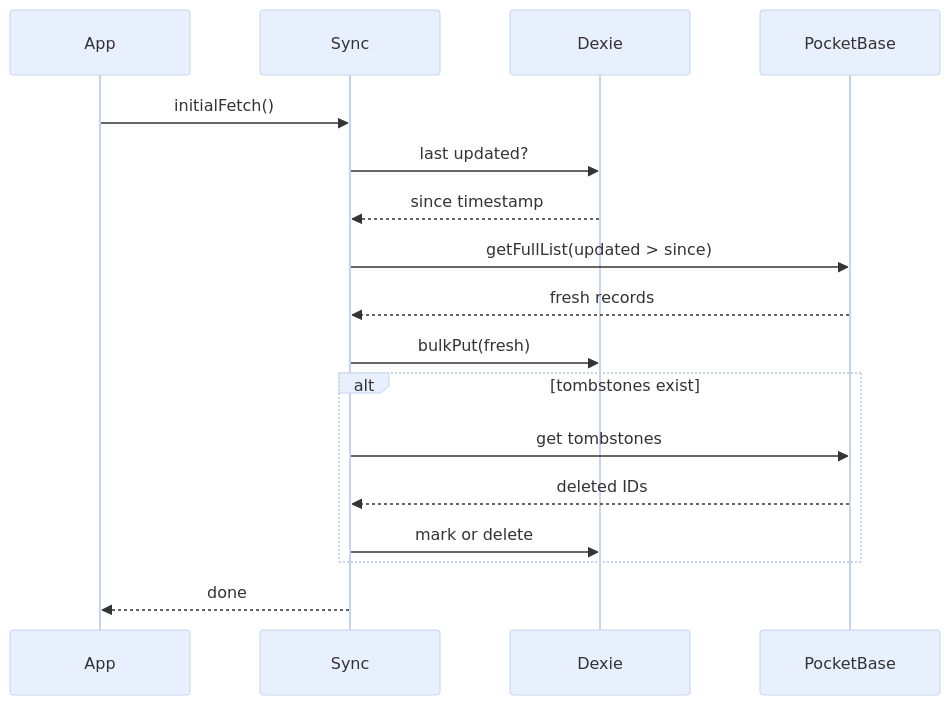
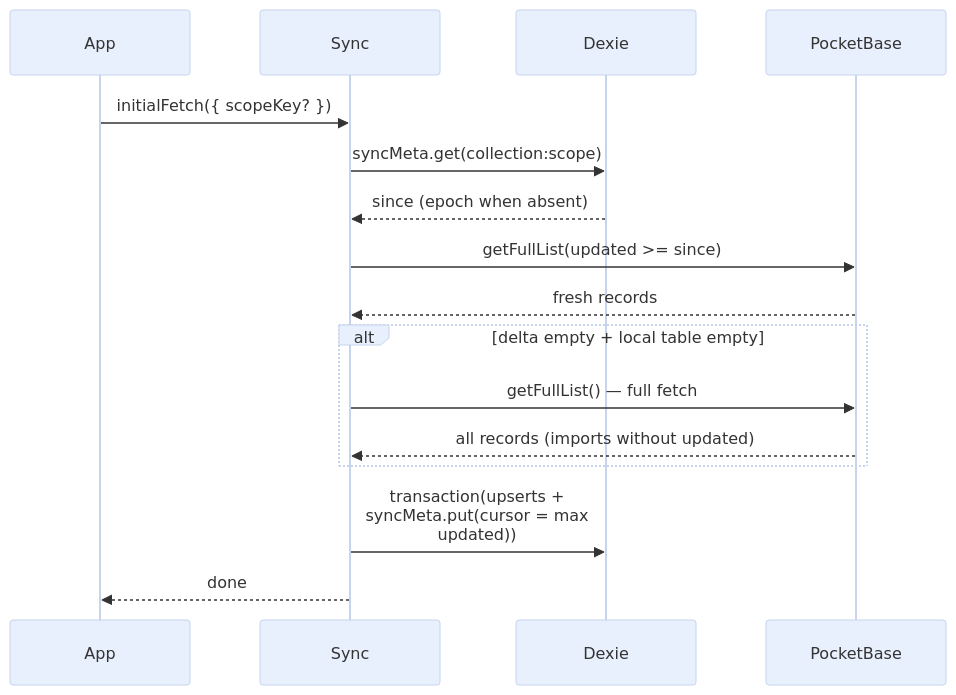
Before and after one commit to encas-parka/enka-cookbook-site: the first of 6 diagrams in svelte-app/src/lib/db-sync/README.md, drawn with Mermaid. The commit also changed other lines of this file and 3 other files, not shown here.

First line of the commit message:
docs(run): T13 journal, scoped cursor facts; db-sync README cursor flow

````diff
--- a/svelte-app/src/lib/db-sync/README.md
+++ b/svelte-app/src/lib/db-sync/README.md
@@ -30,25 +37,24 @@
 ```mermaid
 %%{init: {'theme': 'base', 'themeVariables': {'background':'#f8f9fa','primaryColor':'#e8f0fe','secondaryColor':'#fef3e2','tertiaryColor':'#e8f5e9','lineColor':'#555','fontSize':'13px'}, 'sequence': {'wrap':true,'width':180,'actorMargin':70,'messageMargin':36,'boxMargin':10,'noteMargin':10}}}%%
 sequenceDiagram
     participant UI as App
     participant SC as Sync
     participant DX as Dexie
     participant PB as PocketBase
 
-    UI->>SC: initialFetch()
-    SC->>DX: last updated?
-    DX-->>SC: since timestamp
+    UI->>SC: initialFetch({ scopeKey? })
+    SC->>DX: syncMeta.get(collection:scope)
+    DX-->>SC: since (epoch when absent)
 
-    SC->>PB: getFullList(updated > since)
+    SC->>PB: getFullList(updated >= since)
     PB-->>SC: fresh records
 
-    SC->>DX: bulkPut(fresh)
+    alt delta empty + local table empty
+        SC->>PB: getFullList() — full fetch
+        PB-->>SC: all records (imports without updated)
+    end
 
-    alt tombstones exist
-        SC->>PB: get tombstones
-        PB-->>SC: deleted IDs
-        SC->>DX: mark or delete
-    end
+    SC->>DX: transaction(upserts + syncMeta.put(cursor = max updated))
 
     SC-->>UI: done
 ```
````
